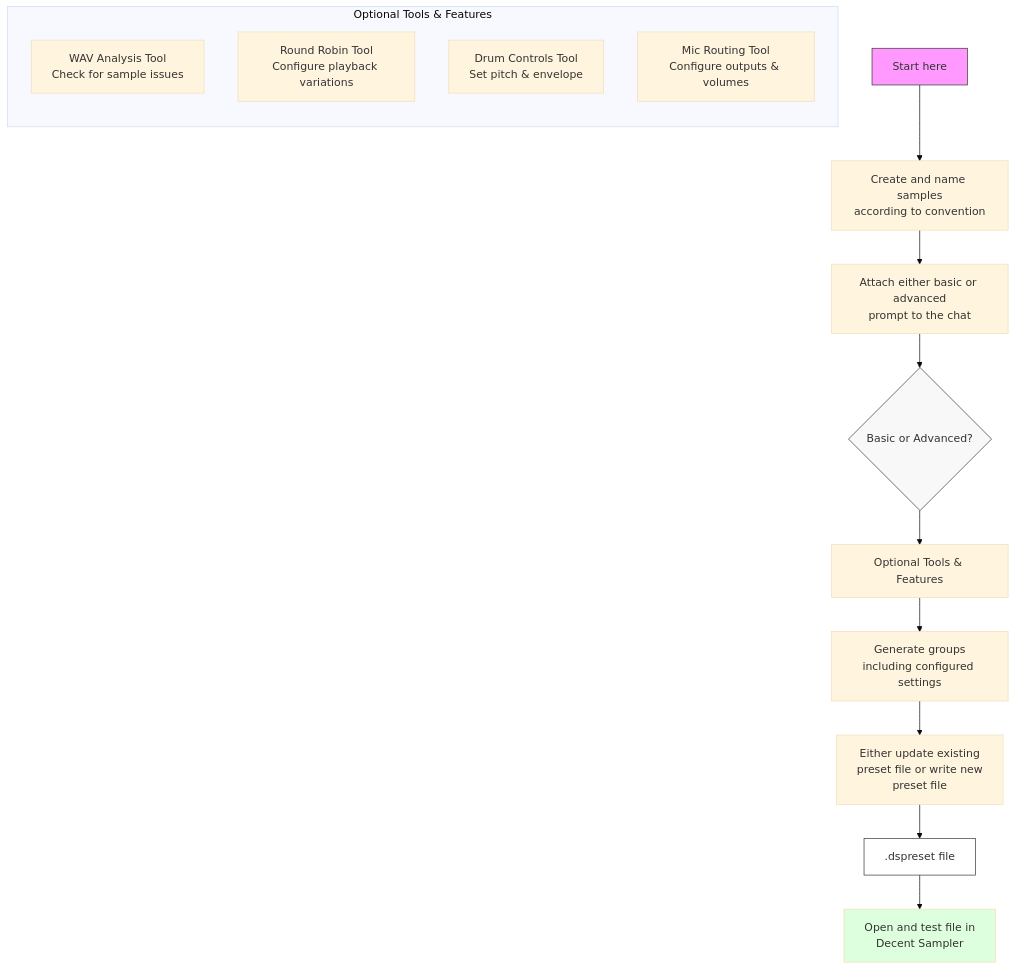
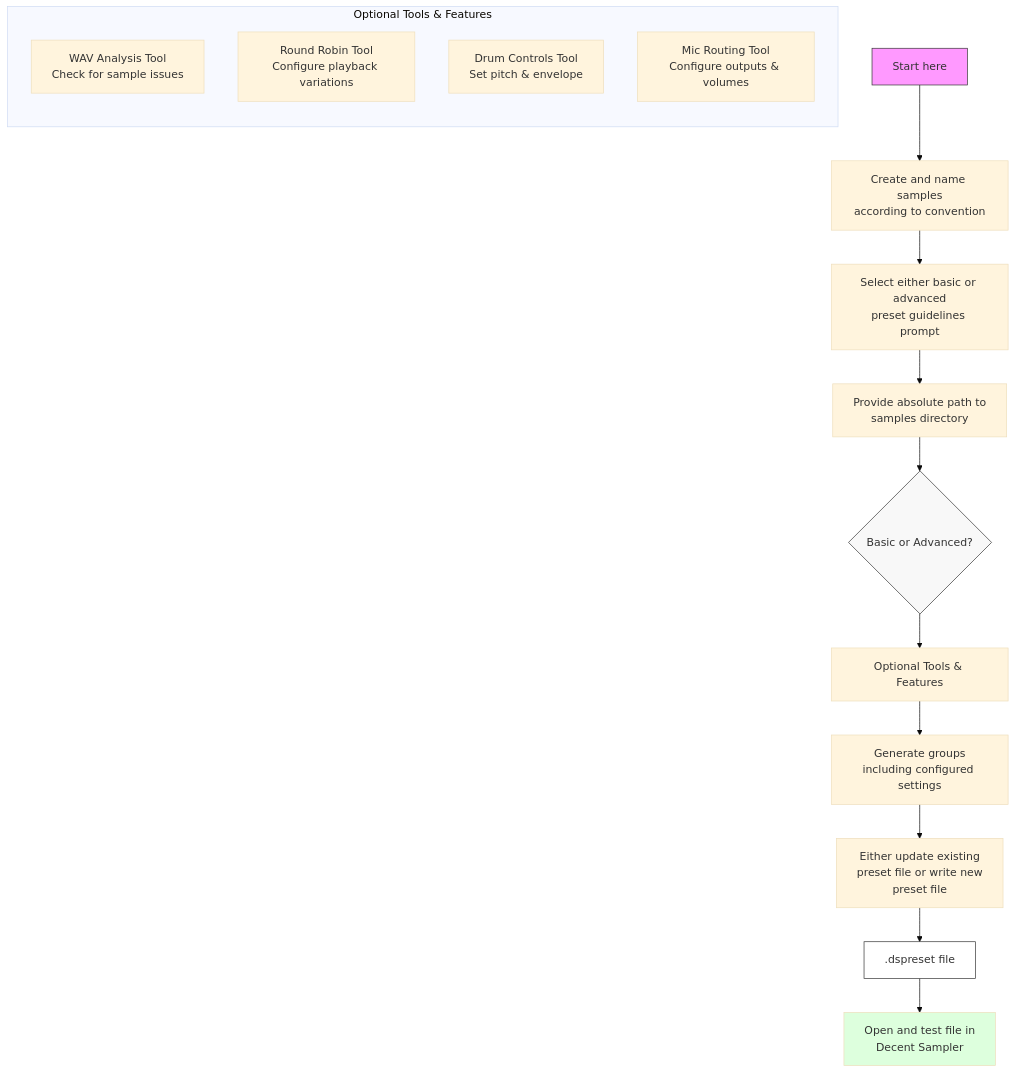
The diagram in docs/workflows.md (dandeliongold/mcp-decent-sampler-drums), drawn with Mermaid (base theme) before and after one commit. The commit also changed other lines of this file and 4 other files, not shown here.

````diff
--- a/docs/workflows.md
+++ b/docs/workflows.md
@@ -7,25 +7,26 @@
 ```mermaid
 graph TB
     Start[Start here] --> CreateSamples[Create and name samples<br/>according to convention]
-    CreateSamples --> AttachPrompt[Attach either basic or advanced<br/>prompt to the chat]
-    AttachPrompt --> Decision{Basic or Advanced?}
+    CreateSamples --> SelectPrompt[Select either basic or advanced<br/>preset guidelines prompt]
+    SelectPrompt --> ProvidePath[Provide absolute path to<br/>samples directory]
+    ProvidePath --> Decision{Basic or Advanced?}
     Decision --> Tools["Optional Tools & Features"]
     
     subgraph "Optional Tools & Features"
         direction TB
         Analysis[WAV Analysis Tool<br/>Check for sample issues]
         RoundRobin[Round Robin Tool<br/>Configure playback variations]
         Controls[Drum Controls Tool<br/>Set pitch & envelope]
         MicRouting[Mic Routing Tool<br/>Configure outputs & volumes]
     end
     
     Tools --> GenerateGroups[Generate groups<br/>including configured settings]
     GenerateGroups --> UpdatePreset[Either update existing<br/>preset file or write new<br/>preset file]
     UpdatePreset --> PresetFile[.dspreset file]
     PresetFile --> TestFile[Open and test file in<br/>Decent Sampler]
     
     style Start fill:#f9f,stroke:#333
     style PresetFile fill:#fff,stroke:#333
     style TestFile fill:#dfd
     style Decision fill:#f8f8f8,stroke:#333
 ```
````
